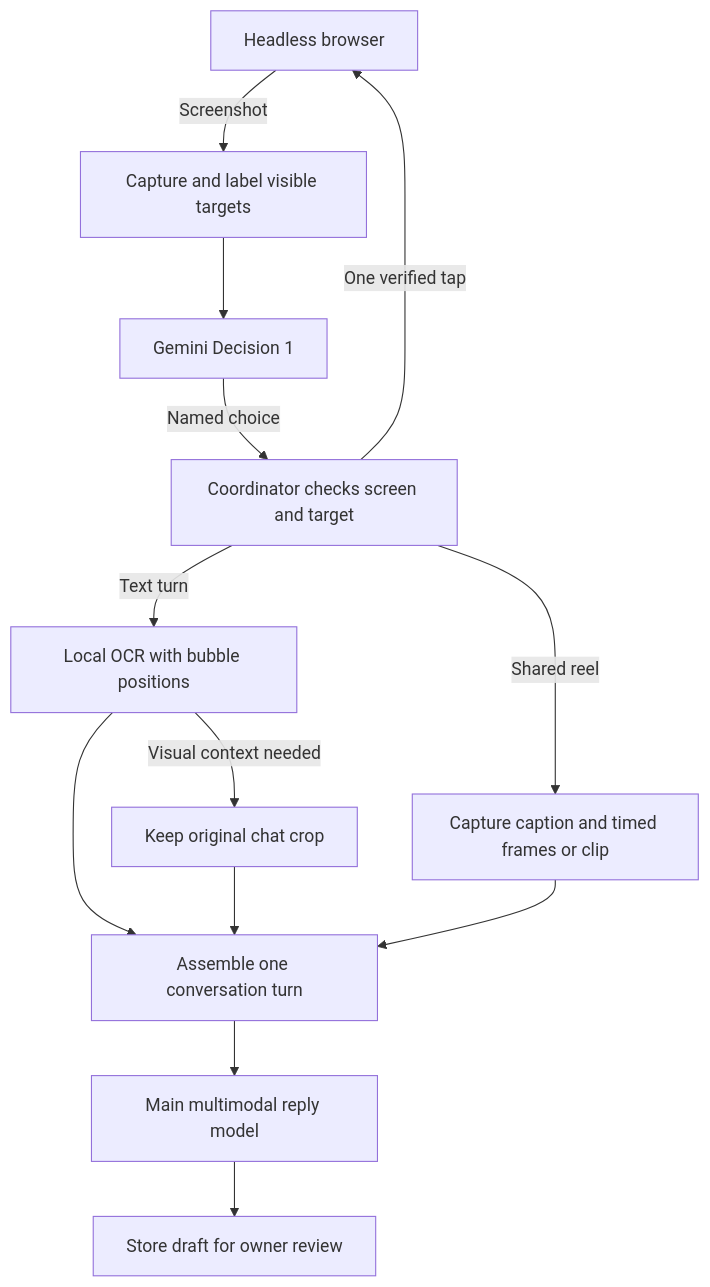
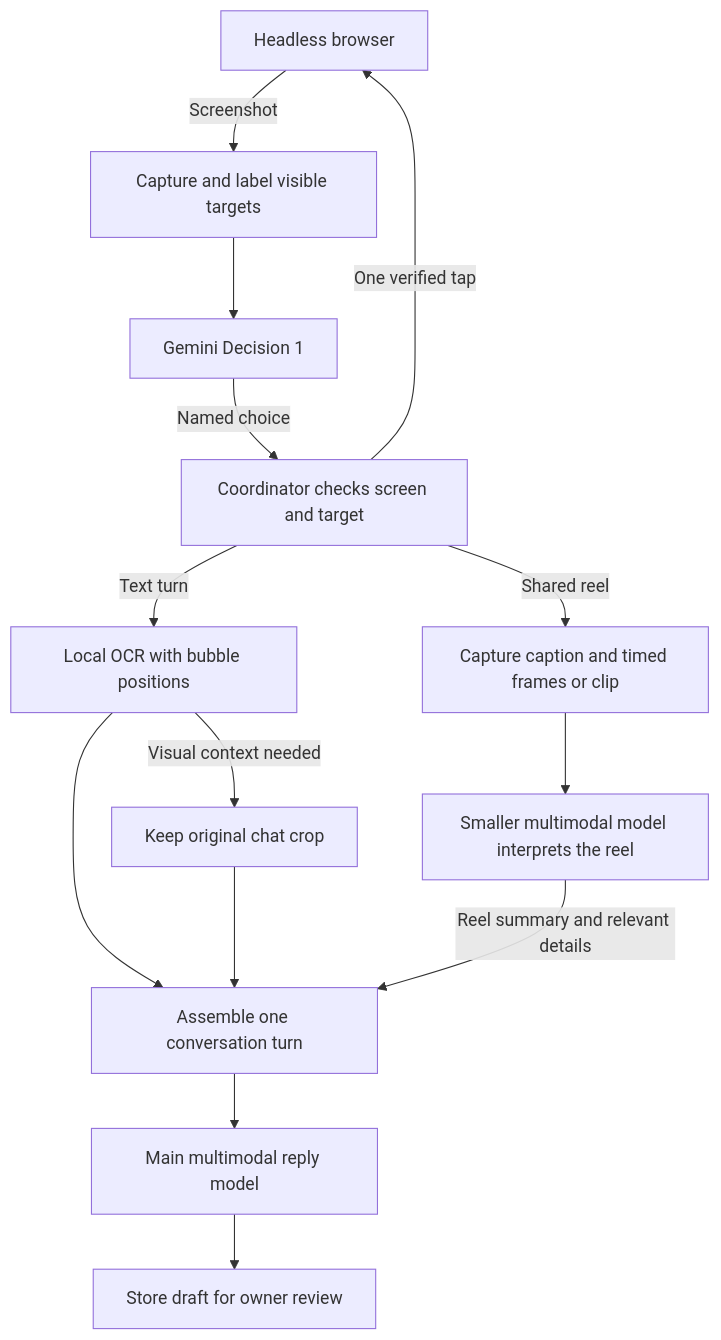
Before and after one commit to prakashdole/Shadow: the diagram in plan/architecture.md, drawn with Mermaid. The commit also changed other lines of this file and 3 other files, not shown here.

Commit message:
docs: restore the reel interpretation model

````diff
--- a/plan/architecture.md
+++ b/plan/architecture.md
@@ -11,15 +11,16 @@
 ```mermaid
 flowchart TD
     Browser[Headless browser] -->|Screenshot| Capture[Capture and label visible targets]
     Capture --> Router[Gemini Decision 1]
     Router -->|Named choice| Control[Coordinator checks screen and target]
     Control -->|One verified tap| Browser
     Control -->|Text turn| OCR[Local OCR with bubble positions]
     OCR -->|Visual context needed| Crop[Keep original chat crop]
     Control -->|Shared reel| Media[Capture caption and timed frames or clip]
     OCR --> Context[Assemble one conversation turn]
     Crop --> Context
-    Media --> Context
+    Media --> Reel[Smaller multimodal model interprets the reel]
+    Reel -->|Reel summary and relevant details| Context
     Context --> Reply[Main multimodal reply model]
     Reply --> Draft[Store draft for owner review]
 ```
````
